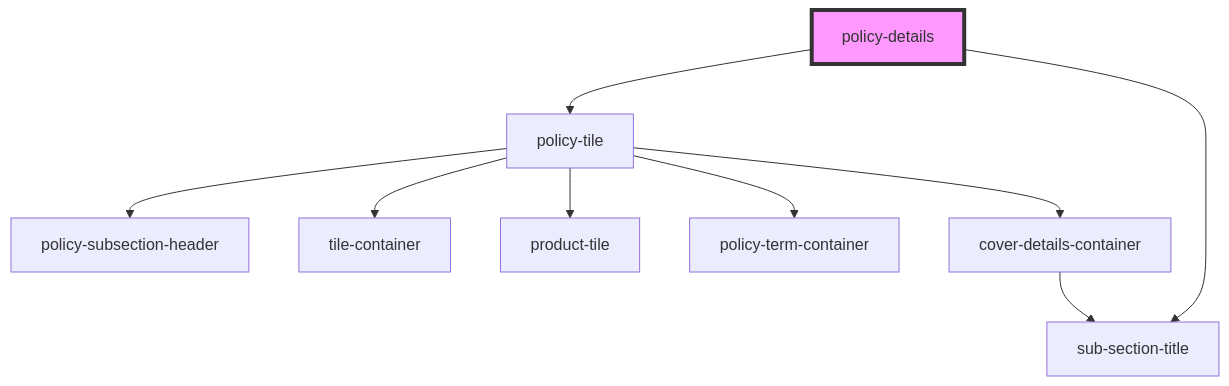
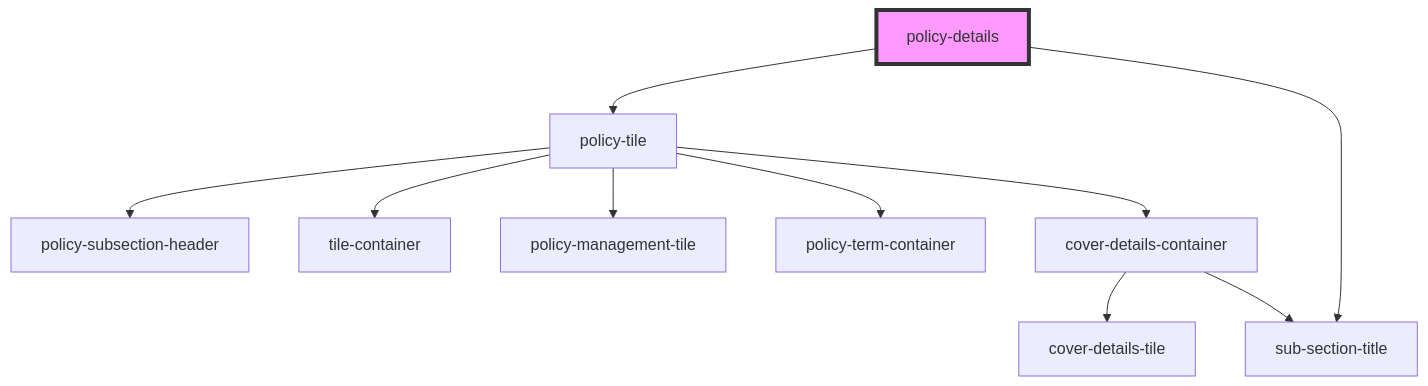
Before and after one commit to Cardiff-Ook/poc-component-library: the diagram in docs/components/policy-details/policy-details/readme.md, drawn with Mermaid. The commit also changed 64 other files, not shown here.

````diff
--- a/docs/components/policy-details/policy-details/readme.md
+++ b/docs/components/policy-details/policy-details/readme.md
@@ -23,12 +23,13 @@
 ```mermaid
 graph TD;
   policy-details --> policy-tile
   policy-details --> sub-section-title
   policy-tile --> policy-subsection-header
   policy-tile --> tile-container
-  policy-tile --> product-tile
+  policy-tile --> policy-management-tile
   policy-tile --> policy-term-container
   policy-tile --> cover-details-container
+  cover-details-container --> cover-details-tile
   cover-details-container --> sub-section-title
   style policy-details fill:#f9f,stroke:#333,stroke-width:4px
 ```
````
